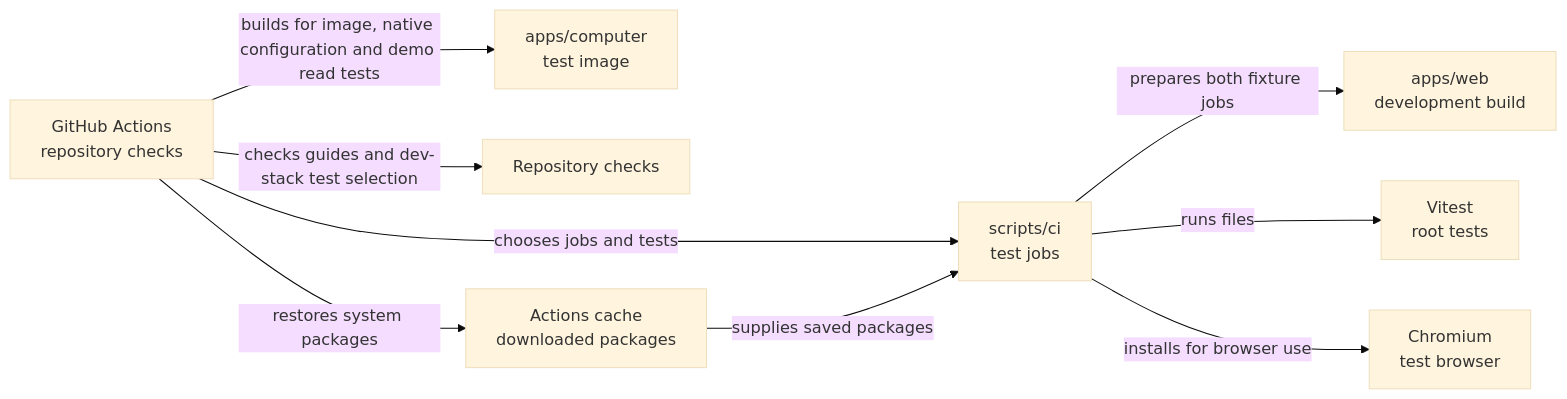
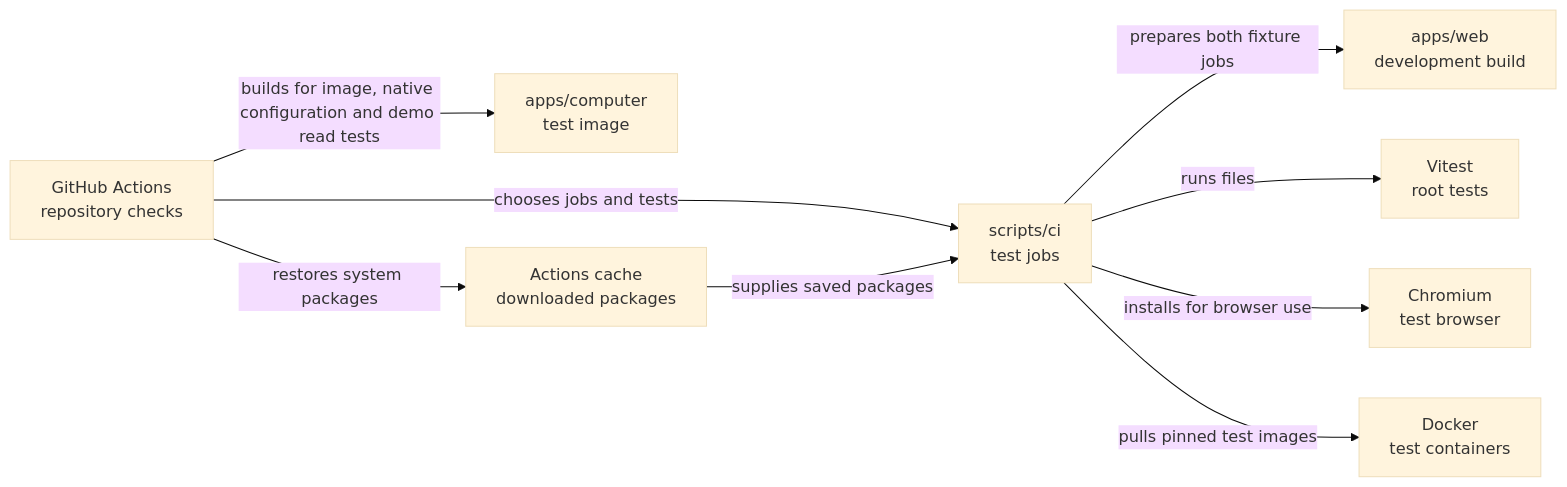
One commit to elewa-git/opencrane-new changed the diagram in scripts/ci/README.md. Above: the diagram before and after it, drawn with Mermaid (base theme). The commit also changed other lines of this file and 5 other files, not shown here.

First line of the commit message:
🧰 CI pulls each pinned test image once with a short retry, so mirror rate limits no longer fail builds (#799)

````diff
--- a/scripts/ci/README.md
+++ b/scripts/ci/README.md
@@ -13,11 +13,11 @@
 ```mermaid
 flowchart LR
   actions["GitHub Actions<br/>repository checks"] -->|chooses jobs and tests| ci["scripts/ci<br/>test jobs"]
   ci -->|prepares both fixture jobs| web["apps/web<br/>development build"]
   ci -->|runs files| vitest["Vitest<br/>root tests"]
   actions -->|builds for image, native configuration and demo read tests| computer["apps/computer<br/>test image"]
-  actions -->|checks guides and dev-stack test selection| guards["Repository checks"]
   ci -->|installs for browser use| chromium["Chromium<br/>test browser"]
+  ci -->|pulls pinned test images| docker["Docker<br/>test containers"]
   actions -->|restores system packages| cache["Actions cache<br/>downloaded packages"]
   cache -->|supplies saved packages| ci
 ```
````
